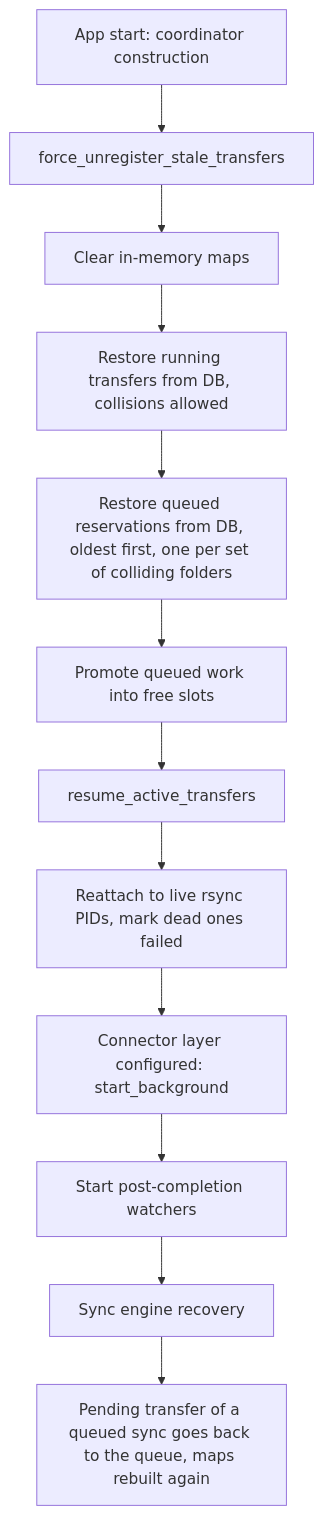
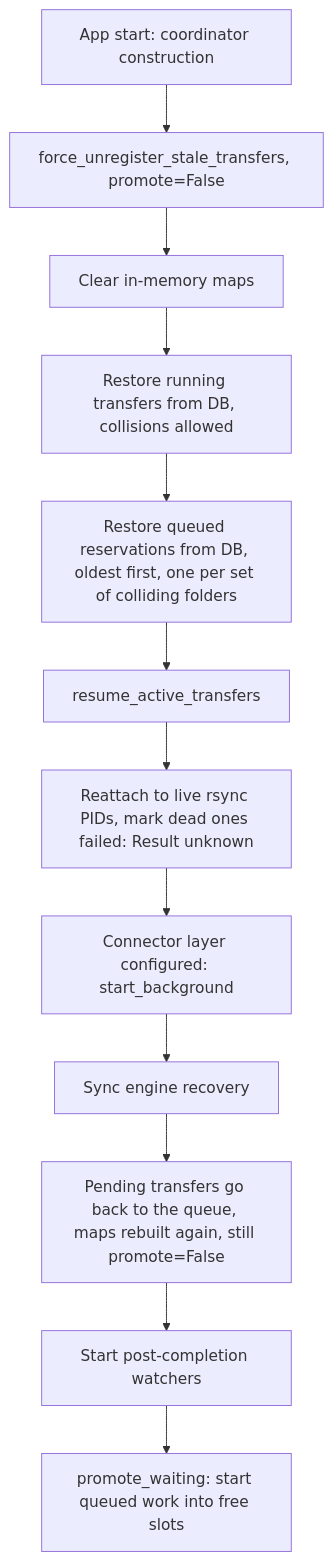
One commit to dragon-db/dragoncp-ui changed the third of 3 diagrams in docs/features/queue/README.md. Above: the diagram before and after it, drawn with Mermaid. The commit also changed other lines of this file and 64 other files, not shown here.

First line of the commit message:
SYNC ENGINE V3: pipeline and notifications screens

````diff
--- a/docs/features/queue/README.md
+++ b/docs/features/queue/README.md
@@ -198,14 +198,14 @@
 ```mermaid
 flowchart TD
-    A[App start: coordinator construction] --> B[force_unregister_stale_transfers]
+    A[App start: coordinator construction] --> B[force_unregister_stale_transfers, promote=False]
     B --> C[Clear in-memory maps]
     C --> D[Restore running transfers from DB, collisions allowed]
     D --> E[Restore queued reservations from DB, oldest first, one per set of colliding folders]
-    E --> F[Promote queued work into free slots]
-    F --> G[resume_active_transfers]
-    G --> H[Reattach to live rsync PIDs, mark dead ones failed]
+    E --> G[resume_active_transfers]
+    G --> H[Reattach to live rsync PIDs, mark dead ones failed: Result unknown]
     H --> I[Connector layer configured: start_background]
-    I --> J[Start post-completion watchers]
-    J --> K[Sync engine recovery]
-    K --> L[Pending transfer of a queued sync goes back to the queue, maps rebuilt again]
+    I --> K[Sync engine recovery]
+    K --> L[Pending transfers go back to the queue, maps rebuilt again, still promote=False]
+    L --> J[Start post-completion watchers]
+    J --> M[promote_waiting: start queued work into free slots]
 ```
````
